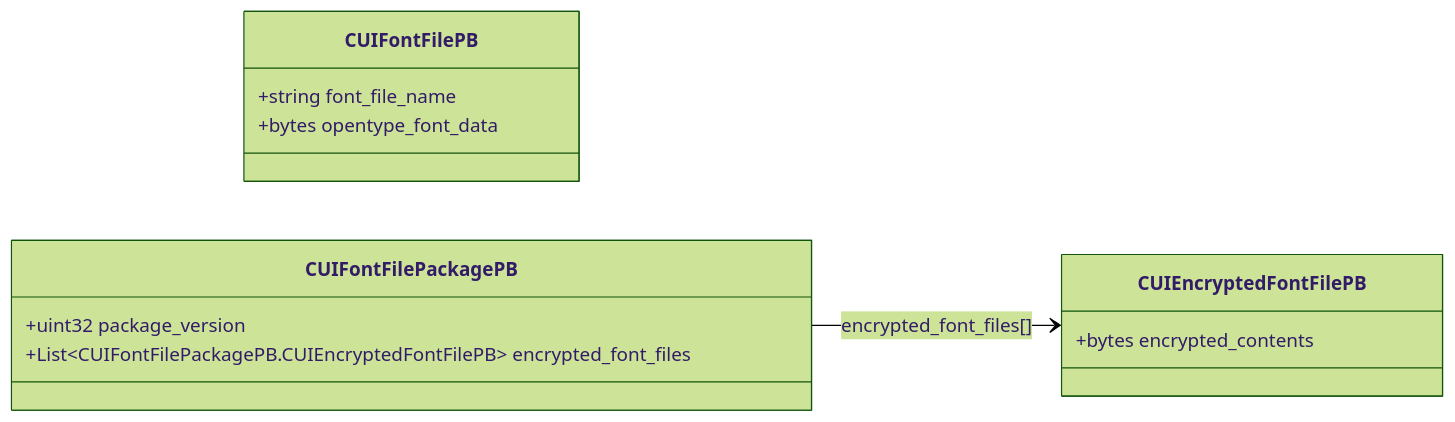
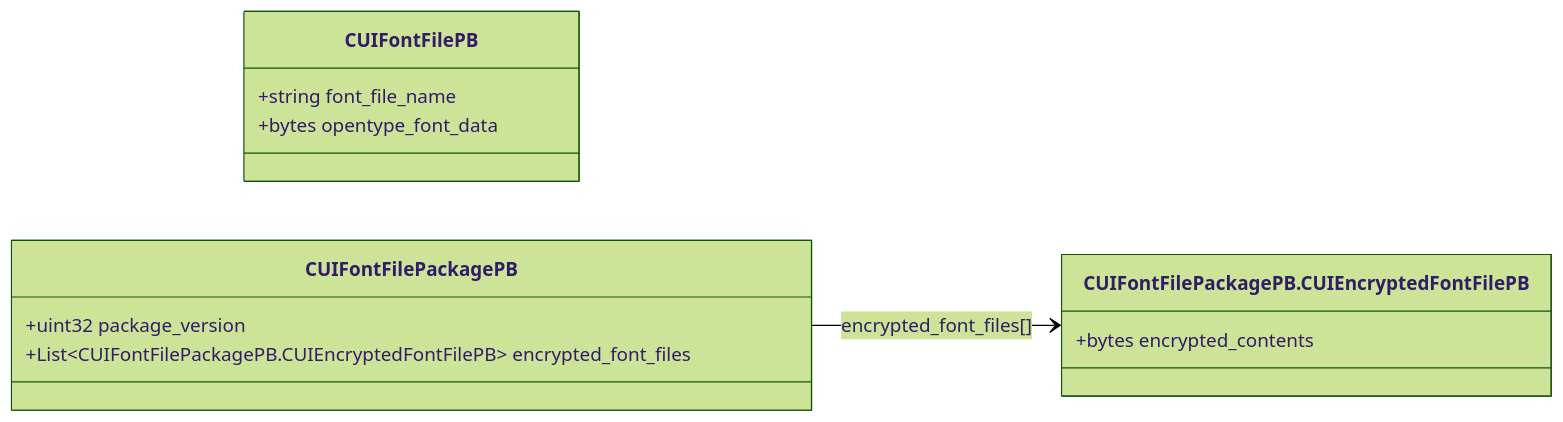
The diagram in docs/generated/proto/uifontfile_format.md (CS2OpenDev/CS2OpenDev-Docs), drawn with Mermaid (forest theme) before and after one commit. The commit also changed other lines of this file and 4525 other files, not shown here.

````diff
--- a/docs/generated/proto/uifontfile_format.md
+++ b/docs/generated/proto/uifontfile_format.md
@@ -12,21 +12,21 @@
 ```mermaid
 classDiagram
 direction LR
 
   class CUIFontFilePB {
     +string font_file_name
     +bytes opentype_font_data
   }
 
   class CUIFontFilePackagePB {
     +uint32 package_version
     +List~CUIFontFilePackagePB.CUIEncryptedFontFilePB~ encrypted_font_files
   }
 
-  class CUIEncryptedFontFilePB {
+  class CUIFontFilePackagePB_CUIEncryptedFontFilePB["CUIFontFilePackagePB.CUIEncryptedFontFilePB"] {
     +bytes encrypted_contents
   }
 
-  CUIFontFilePackagePB --> CUIEncryptedFontFilePB : encrypted_font_files[]
+  CUIFontFilePackagePB --> CUIFontFilePackagePB_CUIEncryptedFontFilePB : encrypted_font_files[]
 
 ```
````
